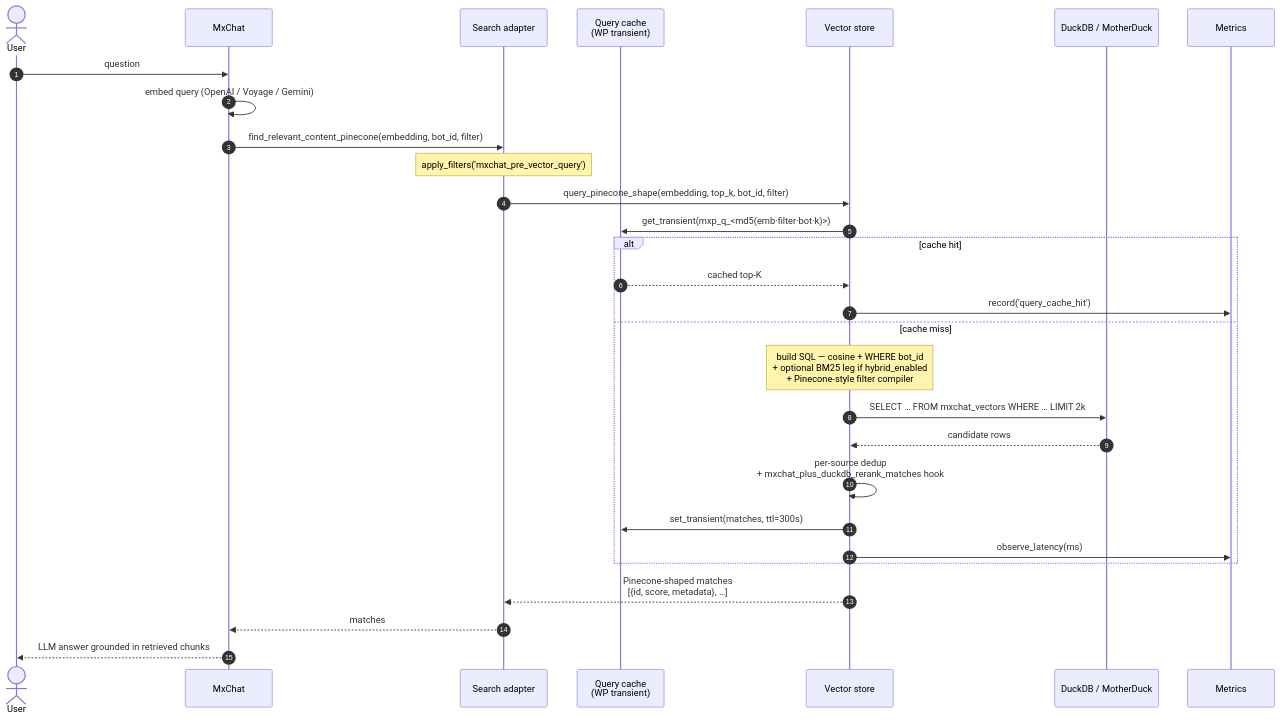
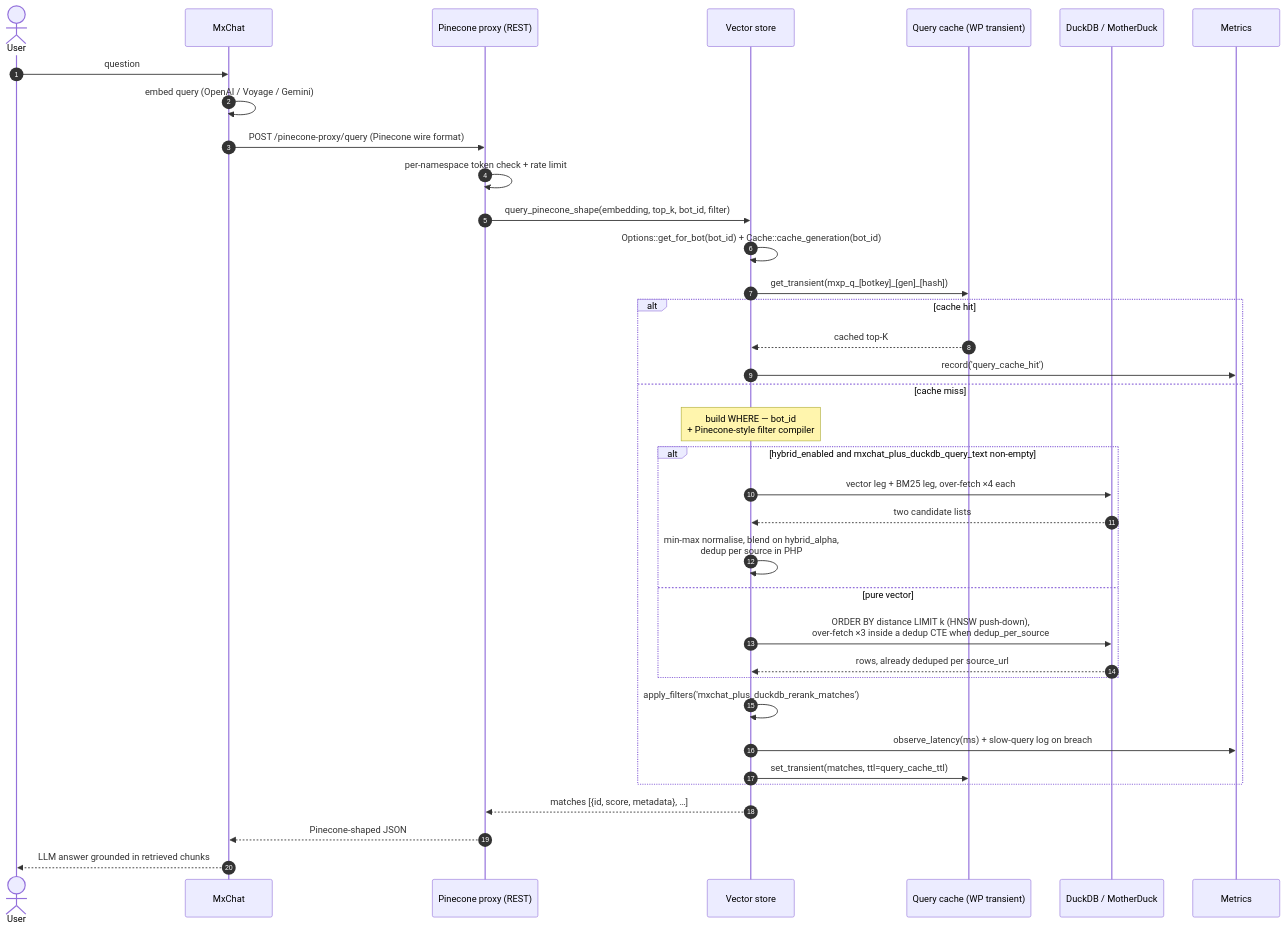
Before and after one commit to PaulArgoud/MxChat-Plus: the second of 2 diagrams in docs/duckdb/ARCHITECTURE.md, drawn with Mermaid. The commit also changed other lines of this file and 7 other files, not shown here.

First line of the commit message:
Add ARCHITECTURE.md and correct stale integration docs

````diff
--- a/docs/duckdb/ARCHITECTURE.md
+++ b/docs/duckdb/ARCHITECTURE.md
@@ -57,36 +103,41 @@
 ```mermaid
 sequenceDiagram
     autonumber
     actor User
     participant MxChat
-    participant Adapter as Search adapter
-    participant Cache as Query cache<br/>(WP transient)
+    participant Proxy as Pinecone proxy (REST)
     participant Store as Vector store
+    participant Cache as Query cache (WP transient)
     participant DB as DuckDB / MotherDuck
     participant Metrics
 
     User->>MxChat: question
     MxChat->>MxChat: embed query (OpenAI / Voyage / Gemini)
-    MxChat->>Adapter: find_relevant_content_pinecone(embedding, bot_id, filter)
-
-    Note over Adapter: apply_filters('mxchat_pre_vector_query')
-
-    Adapter->>Store: query_pinecone_shape(embedding, top_k, bot_id, filter)
-    Store->>Cache: get_transient(mxp_q_<md5(emb·filter·bot·k)>)
+    MxChat->>Proxy: POST /pinecone-proxy/query (Pinecone wire format)
+    Proxy->>Proxy: per-namespace token check + rate limit
+    Proxy->>Store: query_pinecone_shape(embedding, top_k, bot_id, filter)
+    Store->>Store: Options::get_for_bot(bot_id) + Cache::cache_generation(bot_id)
+    Store->>Cache: get_transient(mxp_q_[botkey]_[gen]_[hash])
 
     alt cache hit
         Cache-->>Store: cached top-K
         Store->>Metrics: record('query_cache_hit')
     else cache miss
-        Note over Store: build SQL — cosine + WHERE bot_id<br/>+ optional BM25 leg if hybrid_enabled<br/>+ Pinecone-style filter compiler
-        Store->>DB: SELECT … FROM mxchat_vectors WHERE … LIMIT 2k
-        DB-->>Store: candidate rows
-        Store->>Store: per-source dedup<br/>+ mxchat_plus_duckdb_rerank_matches hook
-        Store->>Cache: set_transient(matches, ttl=300s)
-        Store->>Metrics: observe_latency(ms)
+        Note over Store: build WHERE — bot_id<br/>+ Pinecone-style filter compiler
+        alt hybrid_enabled and mxchat_plus_duckdb_query_text non-empty
+            Store->>DB: vector leg + BM25 leg, over-fetch ×4 each
+            DB-->>Store: two candidate lists
+            Store->>Store: min-max normalise, blend on hybrid_alpha,<br/>dedup per source in PHP
+        else pure vector
+            Store->>DB: ORDER BY distance LIMIT k (HNSW push-down),<br/>over-fetch ×3 inside a dedup CTE when dedup_per_source
+            DB-->>Store: rows, already deduped per source_url
+        end
+        Store->>Store: apply_filters('mxchat_plus_duckdb_rerank_matches')
+        Store->>Metrics: observe_latency(ms) + slow-query log on breach
+        Store->>Cache: set_transient(matches, ttl=query_cache_ttl)
     end
 
-    Store-->>Adapter: Pinecone-shaped matches<br/>[{id, score, metadata}, …]
-    Adapter-->>MxChat: matches
+    Store-->>Proxy: matches [{id, score, metadata}, …]
+    Proxy-->>MxChat: Pinecone-shaped JSON
     MxChat-->>User: LLM answer grounded in retrieved chunks
 ```
````
